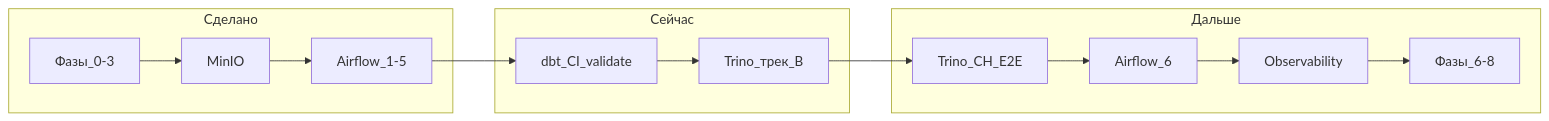
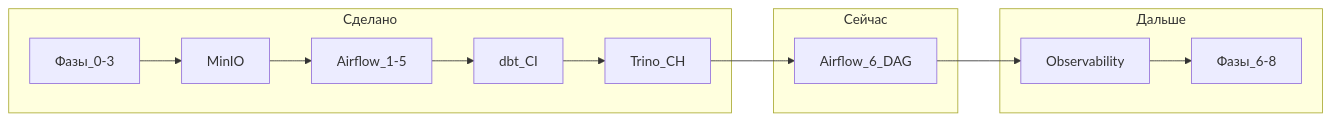
Before and after one commit to FedAnt/MlOps: the diagram in вакансий/карта-курса-лаборатории.md, drawn with Mermaid. The commit also changed other lines of this file and 3 other files, not shown here.

First line of the commit message:
Update training documentation to reflect progress on dbt, Trino, and ClickHouse integration

````diff
--- a/вакансий/карта-курса-лаборатории.md
+++ b/вакансий/карта-курса-лаборатории.md
@@ -39,19 +39,18 @@
 ```mermaid
 flowchart LR
   subgraph done [Сделано]
     P03[Фазы_0-3]
     MinIO[MinIO]
     AF5[Airflow_1-5]
+    dbtCI[dbt_CI]
+    trinoCH[Trino_CH]
   end
   subgraph now [Сейчас]
-    dbtCI[dbt_CI_validate]
-    trinoB[Trino_трек_B]
+    AF6[Airflow_6_DAG]
   end
   subgraph next [Дальше]
-    TCH[Trino_CH_E2E]
-    AF6[Airflow_6]
     Obs[Observability]
     Fin[Фазы_6-8]
   end
-  P03 --> MinIO --> AF5 --> dbtCI --> trinoB --> TCH --> AF6 --> Obs --> Fin
+  P03 --> MinIO --> AF5 --> dbtCI --> trinoCH --> AF6 --> Obs --> Fin
 ```
````
